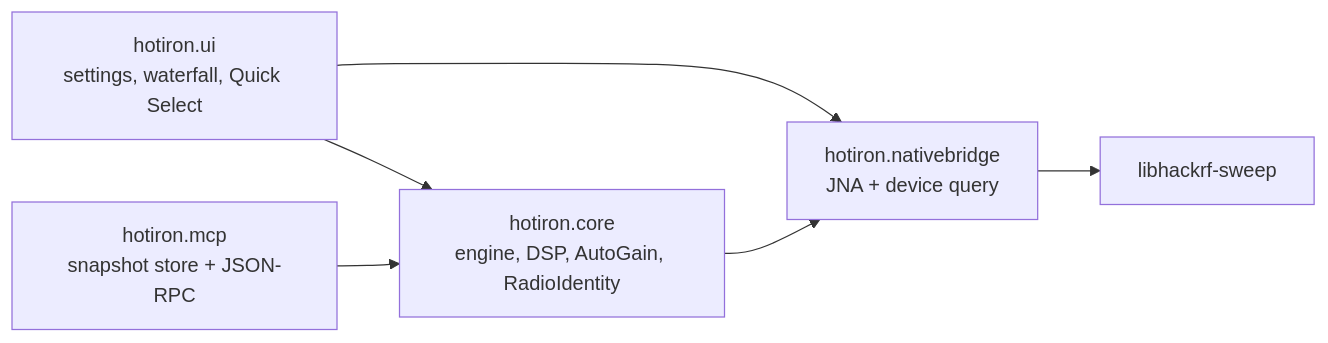
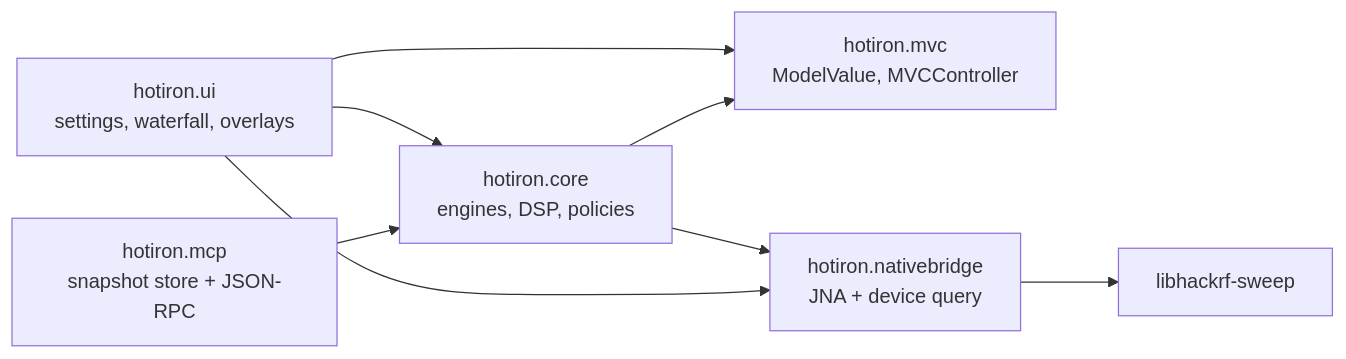
One commit to chris-piekarski/hot-iron changed the seventh of 7 diagrams in docs/architecture.md. Above: the diagram before and after it, drawn with Mermaid. The commit also changed other lines of this file and 133 other files, not shown here.

````diff
--- a/docs/architecture.md
+++ b/docs/architecture.md
@@ -178,13 +342,16 @@
 ```mermaid
 flowchart LR
-    UI["hotiron.ui<br/>settings, waterfall, Quick Select"]
-    Core["hotiron.core<br/>engine, DSP, AutoGain, RadioIdentity"]
+    UI["hotiron.ui<br/>settings, waterfall, overlays"]
+    MVC["hotiron.mvc<br/>ModelValue, MVCController"]
+    Core["hotiron.core<br/>engines, DSP, policies"]
     MCP["hotiron.mcp<br/>snapshot store + JSON-RPC"]
     Bridge["hotiron.nativebridge<br/>JNA + device query"]
     Native["libhackrf-sweep"]
     UI --> Core
-    UI --> Bridge
+    UI --> MVC
+    Core --> MVC
     MCP --> Core
     Core --> Bridge
+    UI --> Bridge
     Bridge --> Native
 ```
````
